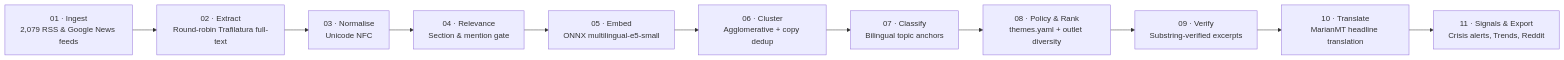
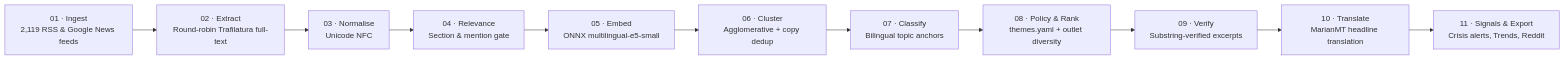
Before and after one commit to gergkar-gif/argos-monitor: the diagram in README.md, drawn with Mermaid. The commit also changed other lines of this file and 25 other files, not shown here.

````diff
--- a/README.md
+++ b/README.md
@@ -39,13 +39,13 @@
 ```mermaid
 flowchart LR
-    A["01 · Ingest<br/>2,079 RSS & Google News feeds"] --> B["02 · Extract<br/>Round-robin Trafilatura full-text"]
+    A["01 · Ingest<br/>2,119 RSS & Google News feeds"] --> B["02 · Extract<br/>Round-robin Trafilatura full-text"]
     B --> C["03 · Normalise<br/>Unicode NFC"]
     C --> D["04 · Relevance<br/>Section & mention gate"]
     D --> E["05 · Embed<br/>ONNX multilingual-e5-small"]
     E --> F["06 · Cluster<br/>Agglomerative + copy dedup"]
     F --> G["07 · Classify<br/>Bilingual topic anchors"]
     G --> H["08 · Policy & Rank<br/>themes.yaml + outlet diversity"]
     H --> I["09 · Verify<br/>Substring-verified excerpts"]
     I --> J["10 · Translate<br/>MarianMT headline translation"]
     J --> K["11 · Signals & Export<br/>Crisis alerts, Trends, Reddit"]
 ```
````
